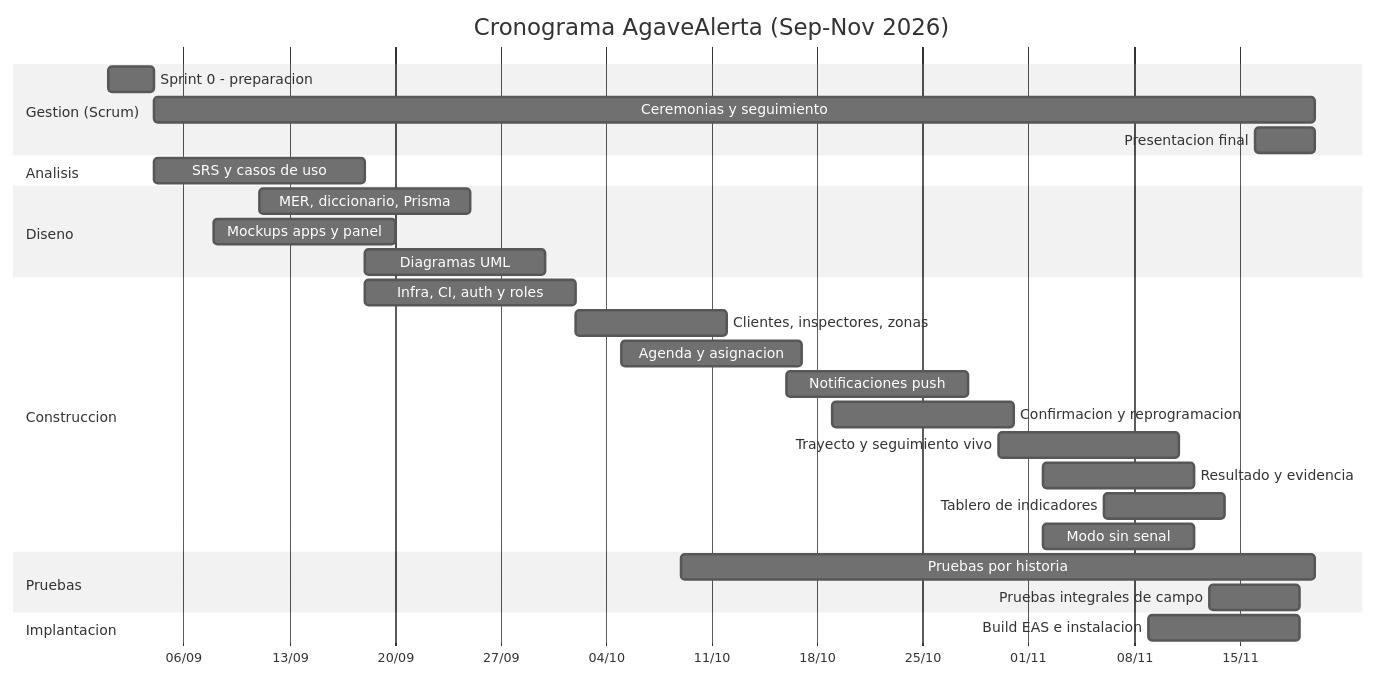
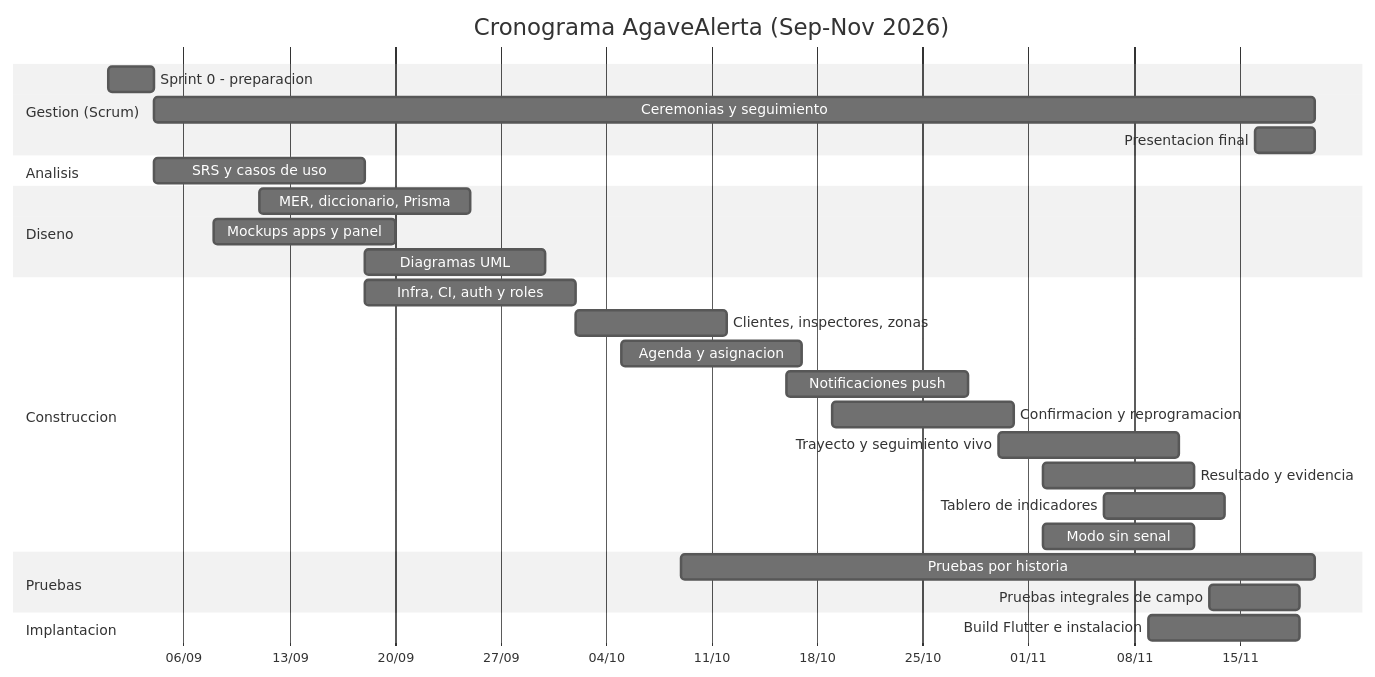
Before and after one commit to Marco324/agaveRoofing: the diagram in docs/01_Plan_de_Proyecto.md, drawn with Mermaid (neutral theme). The commit also changed other lines of this file and 327 other files, not shown here.

````diff
--- a/docs/01_Plan_de_Proyecto.md
+++ b/docs/01_Plan_de_Proyecto.md
@@ -220,31 +220,31 @@
 ```mermaid
 gantt
     title Cronograma AgaveAlerta (Sep-Nov 2026)
     dateFormat  YYYY-MM-DD
     axisFormat  %d/%m
     section Gestion (Scrum)
     Sprint 0 - preparacion        :s0, 2026-09-01, 3d
     Ceremonias y seguimiento      :s1, 2026-09-04, 77d
     Presentacion final            :s2, 2026-11-16, 4d
     section Analisis
     SRS y casos de uso            :a1, 2026-09-04, 14d
     section Diseno
     MER, diccionario, Prisma      :d1, 2026-09-11, 14d
     Mockups apps y panel          :d2, 2026-09-08, 12d
     Diagramas UML                 :d3, 2026-09-18, 12d
     section Construccion
     Infra, CI, auth y roles       :c1, 2026-09-18, 14d
     Clientes, inspectores, zonas  :c2, 2026-10-02, 10d
     Agenda y asignacion           :c3, 2026-10-05, 12d
     Notificaciones push           :c4, 2026-10-16, 12d
     Confirmacion y reprogramacion :c5, 2026-10-19, 12d
     Trayecto y seguimiento vivo   :c6, 2026-10-30, 12d
     Resultado y evidencia         :c7, 2026-11-02, 10d
     Tablero de indicadores        :c8, 2026-11-06, 8d
     Modo sin senal                :c9, 2026-11-02, 10d
     section Pruebas
     Pruebas por historia          :t1, 2026-10-09, 42d
     Pruebas integrales de campo   :t2, 2026-11-13, 6d
     section Implantacion
-    Build EAS e instalacion       :i1, 2026-11-09, 10d
+    Build Flutter e instalacion   :i1, 2026-11-09, 10d
 ```
````
